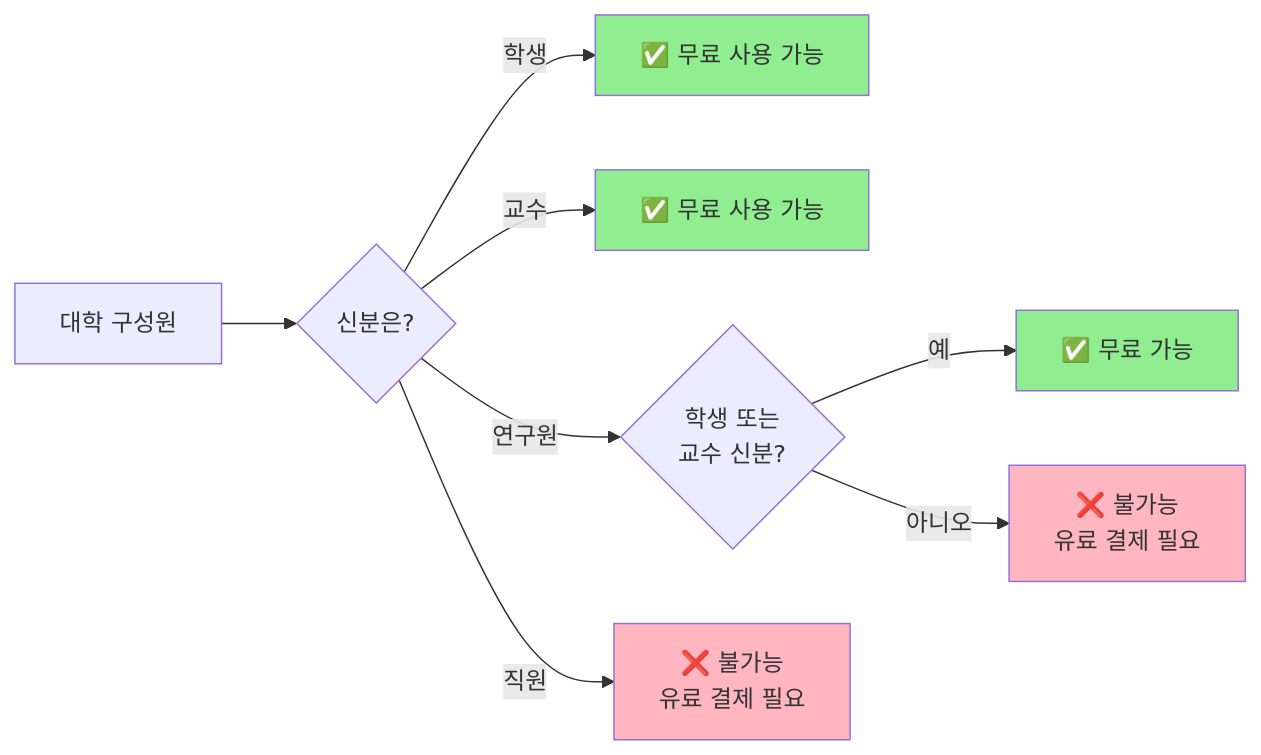
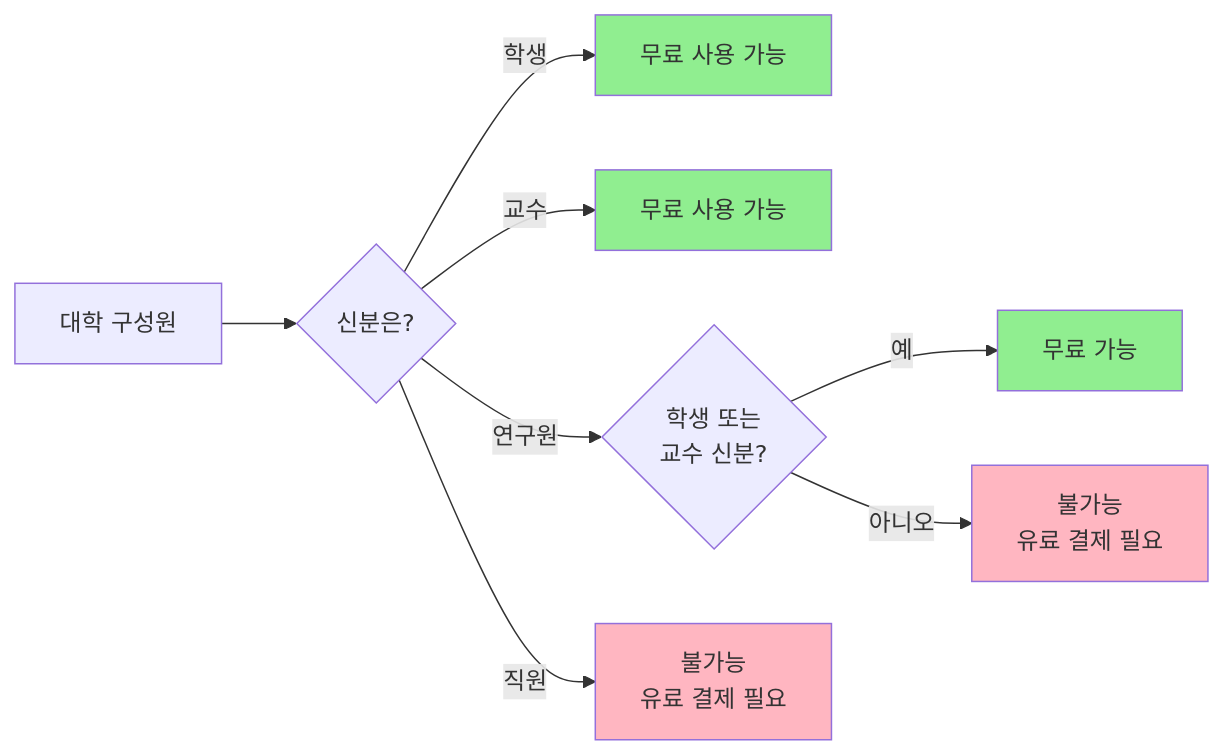
One commit to seo-jinseok/GitHub-Copilot-Guide changed the second of 2 diagrams in docs/common/ko/copilot_web.md. Above: the diagram before and after it, drawn with Mermaid. The commit also changed other lines of this file and 7 other files, not shown here.

````diff
--- a/docs/common/ko/copilot_web.md
+++ b/docs/common/ko/copilot_web.md
@@ -145,16 +145,16 @@
 ```mermaid
 graph LR
     A[대학 구성원] --> B{신분은?}
-    B -->|학생| C[✅ 무료 사용 가능]
-    B -->|교수| D[✅ 무료 사용 가능]
+    B -->|학생| C[무료 사용 가능]
+    B -->|교수| D[무료 사용 가능]
     B -->|연구원| E{학생 또는<br/>교수 신분?}
-    B -->|직원| F[❌ 불가능<br/>유료 결제 필요]
-    E -->|예| G[✅ 무료 가능]
-    E -->|아니오| H[❌ 불가능<br/>유료 결제 필요]
+    B -->|직원| F[불가능<br/>유료 결제 필요]
+    E -->|예| G[무료 가능]
+    E -->|아니오| H[불가능<br/>유료 결제 필요]
     
     style C fill:#90EE90
     style D fill:#90EE90
     style G fill:#90EE90
     style F fill:#FFB6C1
     style H fill:#FFB6C1
 ```
````
